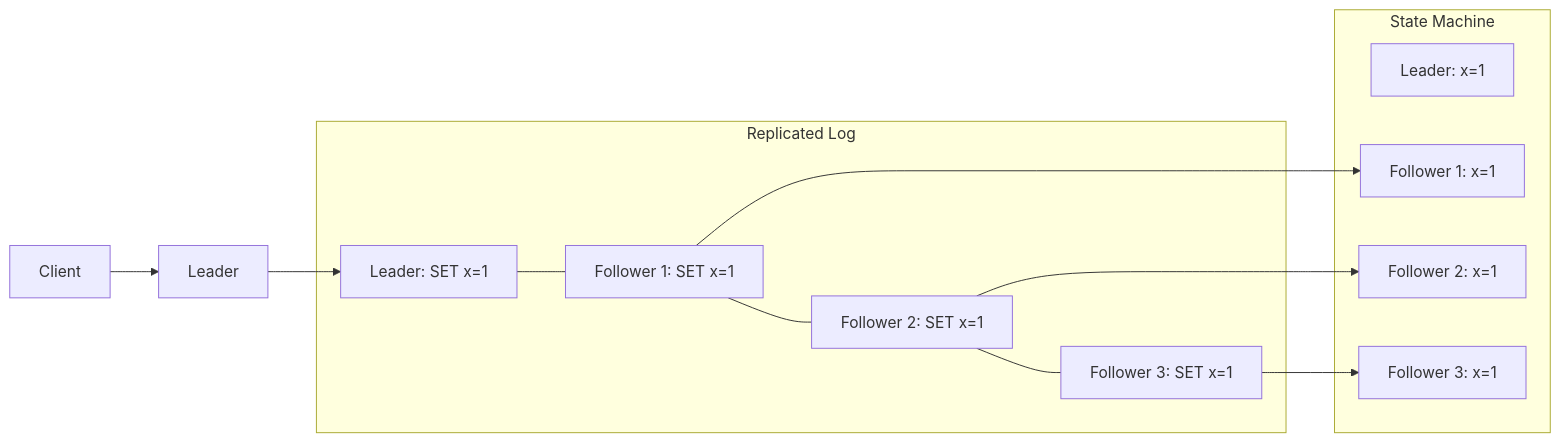
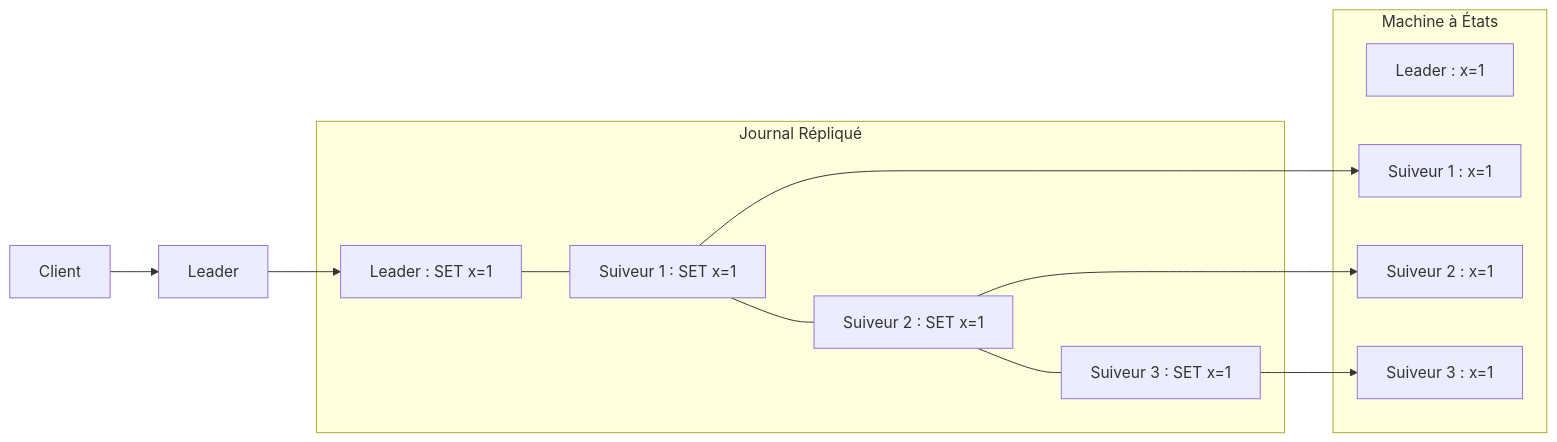
One commit to dardourimohamed/distributed-systems-course changed the eighth of 9 diagrams in src/consensus/11-what-is-consensus.md. Above: the diagram before and after it, drawn with Mermaid. The commit also changed other lines of this file and 38 other files, not shown here.

````diff
--- a/src/consensus/11-what-is-consensus.md
+++ b/src/consensus/11-what-is-consensus.md
@@ -246,24 +250,24 @@
 ```mermaid
 graph LR
     C[Client] --> L[Leader]
 
-    subgraph "Replicated Log"
-        L1[Leader: SET x=1]
-        F1[Follower 1: SET x=1]
-        F2[Follower 2: SET x=1]
-        F3[Follower 3: SET x=1]
+    subgraph "Journal Répliqué"
+        L1[Leader : SET x=1]
+        F1[Suiveur 1 : SET x=1]
+        F2[Suiveur 2 : SET x=1]
+        F3[Suiveur 3 : SET x=1]
         L1 --- F1 --- F2 --- F3
     end
 
-    subgraph "State Machine"
-        S1[Leader: x=1]
-        S2[Follower 1: x=1]
-        S3[Follower 2: x=1]
-        S4[Follower 3: x=1]
+    subgraph "Machine à États"
+        S1[Leader : x=1]
+        S2[Suiveur 1 : x=1]
+        S3[Suiveur 2 : x=1]
+        S4[Suiveur 3 : x=1]
     end
 
     L --> L1
     F1 --> S2
     F2 --> S3
     F3 --> S4
 ```
````
